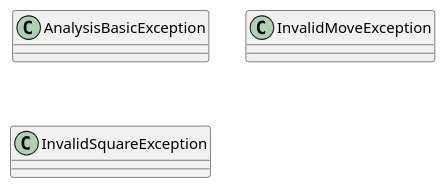
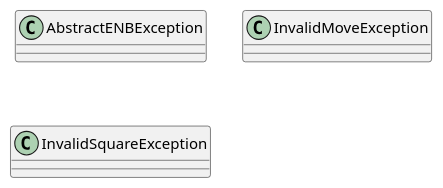
The diagram in uml/analysisExceptions.puml (Sttanyanz/endgame-notebook), drawn with PlantUML before and after one commit. The commit also changed 16 other files, not shown here.

Commit message:
refactor: root package renamed to io.github.sttanyanz.enb, basic exception renamed to AbstractENBException

```diff
--- a/uml/analysisExceptions.puml
+++ b/uml/analysisExceptions.puml
@@ -1,7 +1,8 @@
 @startuml
 
-class AnalysisBasicException
+class AbstractENBException
 class InvalidMoveException
 class InvalidSquareException
 
+
 @enduml
```
